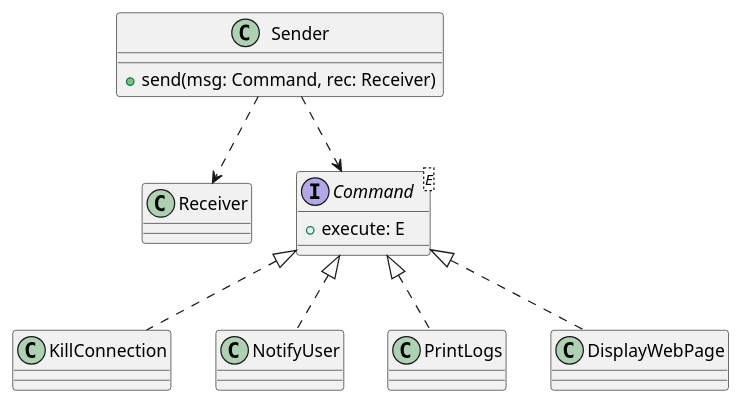
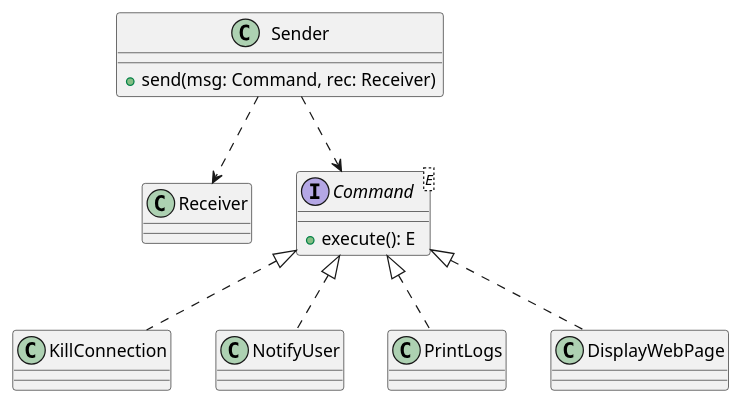
The diagram in Software-Engineering/System-Design/Design-Patterns/command.puml (nl253/Notes), drawn with PlantUML before and after one commit. The commit also changed 308 other files, not shown here.

```diff
--- a/Software-Engineering/System-Design/Design-Patterns/command.puml
+++ b/Software-Engineering/System-Design/Design-Patterns/command.puml
@@ -1,21 +1,21 @@
 @startuml
 
 class Sender {
   + send(msg: Command, rec: Receiver)
 }
 
 class Receiver
 
 interface Command<E> {
-  + execute: E
+  + execute(): E
 }
 
 class KillConnection implements Command
-class NotifyUser implements Command
-class PrintLogs implements Command
+class NotifyUser     implements Command
+class PrintLogs      implements Command
 class DisplayWebPage implements Command
 
 Sender ..> Receiver
 Sender ..> Command
 
 @enduml
```
